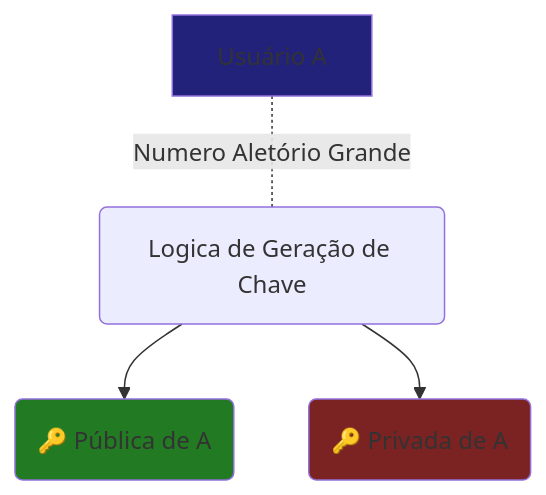
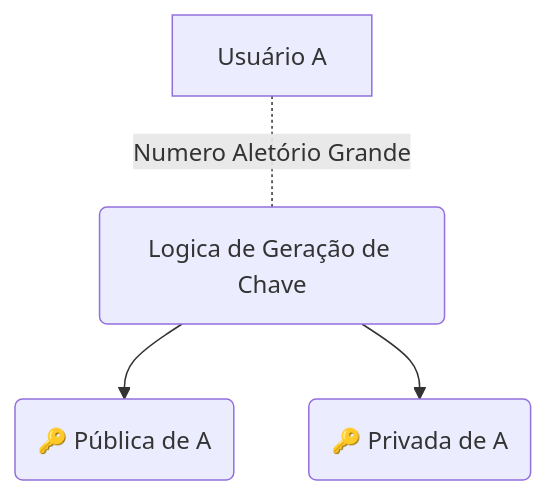
One commit to guia-ti/guia-ti.github.io changed the first of 2 diagrams in docs/Documentação/Segurança/Criptografia/Algoritmos de Chaves.md. Above: the diagram before and after it, drawn with Mermaid. The commit also changed other lines of this file and 2 other files, not shown here.

Commit message:
Correção Mermaid

````diff
--- a/docs/Documentação/Segurança/Criptografia/Algoritmos de Chaves.md
+++ b/docs/Documentação/Segurança/Criptografia/Algoritmos de Chaves.md
@@ -20,14 +20,7 @@
 ```mermaid 
 flowchart TD
     USR[Usuário A] -. Numero Aletório Grande .- B(Logica de Geração de Chave)
     B --> PUB("🔑 Pública de A")
     B --> PRIV("🔑 Privada de A")
 
-classDef user fill:#22227b
-
-classDef priv fill:#7b2222
-classDef pub  fill:#227b22
-class USR user
-class PUB pub
-class PRIV priv
 ```
````
